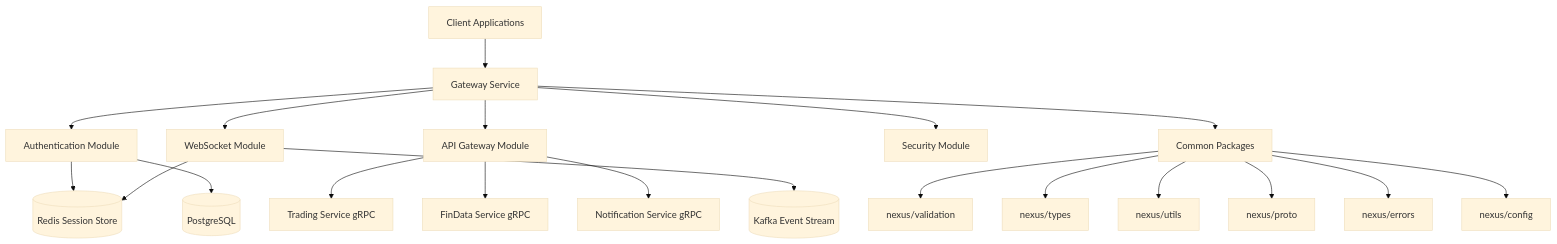
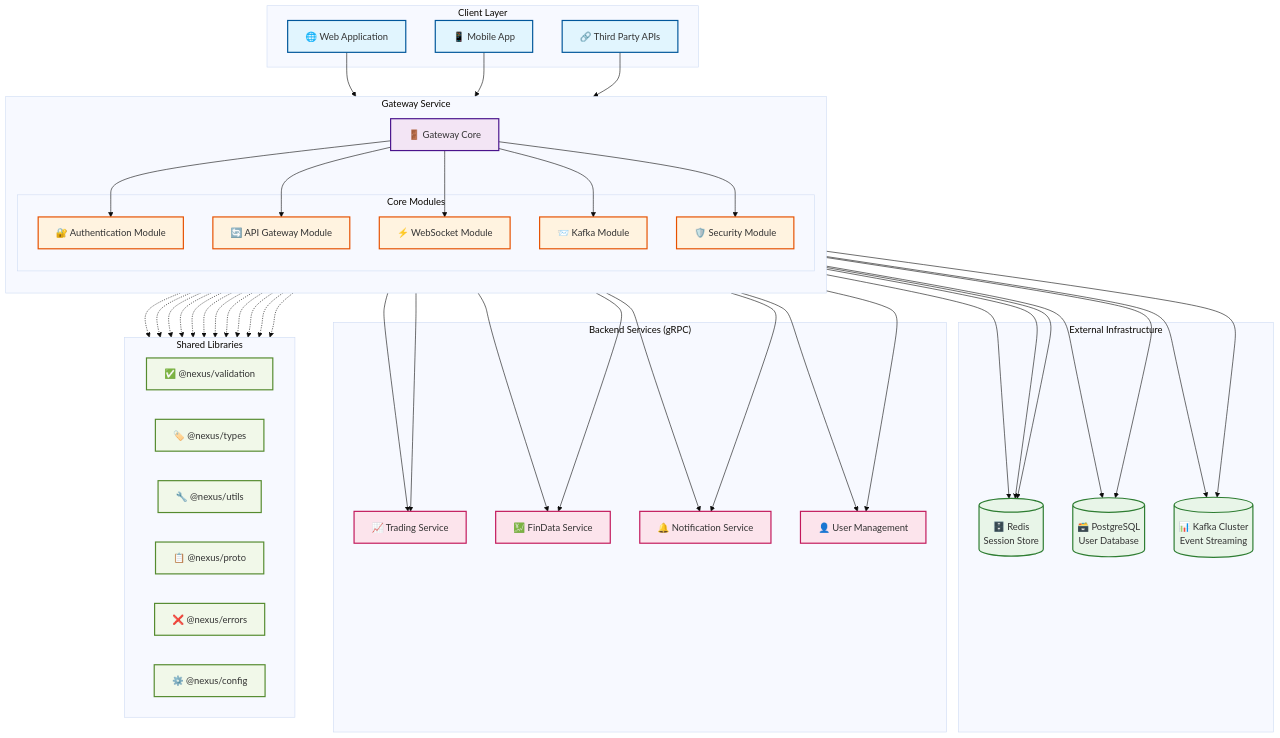
One commit to dashbh/Nexus-BE changed the diagram in .kiro/specs/gateway-service/design.md. Above: the diagram before and after it, drawn with Mermaid (base theme).

Commit message:
Initial Planning for Gateway SVC

````diff
--- a/.kiro/specs/gateway-service/design.md
+++ b/.kiro/specs/gateway-service/design.md
@@ -11,26 +10,115 @@
 ```mermaid
 graph TB
-    Client[Client Applications] --> Gateway[Gateway Service]
-    Gateway --> Auth[Authentication Module]
-    Gateway --> API[API Gateway Module]
-    Gateway --> WS[WebSocket Module]
-    Gateway --> Security[Security Module]
+    %% Client Layer
+    subgraph "Client Layer"
+        WebApp[🌐 Web Application]
+        MobileApp[📱 Mobile App]
+        ThirdParty[🔗 Third Party APIs]
+    end
 
-    Auth --> Redis[(Redis Session Store)]
-    Auth --> DB[(PostgreSQL)]
+    %% Gateway Service Core
+    subgraph "Gateway Service"
+        direction TB
+        Gateway[🚪 Gateway Core]
+        
+        subgraph "Core Modules"
+            Auth[🔐 Authentication Module]
+            API[🔄 API Gateway Module]
+            WS[⚡ WebSocket Module]
+            Kafka[📨 Kafka Module]
+            Security[🛡️ Security Module]
+        end
+    end
 
-    API --> Trading[Trading Service gRPC]
-    API --> FinData[FinData Service gRPC]
-    API --> Notification[Notification Service gRPC]
+    %% External Services
+    subgraph "External Infrastructure"
+        Redis[(🗄️ Redis<br/>Session Store)]
+        DB[(🗃️ PostgreSQL<br/>User Database)]
+        KafkaCluster[(📊 Kafka Cluster<br/>Event Streaming)]
+    end
 
-    WS --> Kafka[(Kafka Event Stream)]
+    %% Backend Services
+    subgraph "Backend Services (gRPC)"
+        Trading[📈 Trading Service]
+        FinData[💹 FinData Service]
+        Notification[🔔 Notification Service]
+        UserMgmt[👤 User Management]
+    end
+
+    %% Common Packages
+    subgraph "Shared Libraries"
+        direction LR
+        Validation[✅ @nexus/validation]
+        Types[🏷️ @nexus/types]
+        Utils[🔧 @nexus/utils]
+        Proto[📋 @nexus/proto]
+        Errors[❌ @nexus/errors]
+        Config[⚙️ @nexus/config]
+    end
+
+    %% Client Connections
+    WebApp --> Gateway
+    MobileApp --> Gateway
+    ThirdParty --> Gateway
+
+    %% Gateway Internal Flow
+    Gateway --> Auth
+    Gateway --> API
+    Gateway --> WS
+    Gateway --> Kafka
+    Gateway --> Security
+
+    %% Authentication Flow
+    Auth --> Redis
+    Auth --> DB
+    Auth --> UserMgmt
+
+    %% API Gateway Flow
+    API --> Trading
+    API --> FinData
+    API --> Notification
+    API --> UserMgmt
+
+    %% WebSocket Flow
     WS --> Redis
+    WS --> KafkaCluster
 
-    Gateway --> Common[Common Packages]
-    Common --> Validation[nexus/validation]
-    Common --> Types[nexus/types]
-    Common --> Utils[nexus/utils]
-    Common --> Proto[nexus/proto]
-    Common --> Errors[nexus/errors]
-    Common --> Config[nexus/config]
+    %% Kafka Integration
+    Kafka --> KafkaCluster
+    Kafka --> Trading
+    Kafka --> FinData
+    Kafka --> Notification
+
+    %% Security Integration
+    Security --> Redis
+    Security --> DB
+
+    %% Shared Libraries Usage
+    Auth -.-> Validation
+    Auth -.-> Types
+    Auth -.-> Errors
+    API -.-> Proto
+    API -.-> Types
+    API -.-> Utils
+    WS -.-> Types
+    WS -.-> Config
+    Kafka -.-> Types
+    Kafka -.-> Config
+    Security -.-> Config
+    Security -.-> Errors
+
+    %% Styling
+    classDef clientStyle fill:#e1f5fe,stroke:#01579b,stroke-width:2px
+    classDef gatewayStyle fill:#f3e5f5,stroke:#4a148c,stroke-width:2px
+    classDef moduleStyle fill:#fff3e0,stroke:#e65100,stroke-width:2px
+    classDef dbStyle fill:#e8f5e8,stroke:#2e7d32,stroke-width:2px
+    classDef serviceStyle fill:#fce4ec,stroke:#c2185b,stroke-width:2px
+    classDef libStyle fill:#f1f8e9,stroke:#558b2f,stroke-width:2px
+
+    class WebApp,MobileApp,ThirdParty clientStyle
+    class Gateway gatewayStyle
+    class Auth,API,WS,Kafka,Security moduleStyle
+    class Redis,DB,KafkaCluster dbStyle
+    class Trading,FinData,Notification,UserMgmt serviceStyle
+    class Validation,Types,Utils,Proto,Errors,Config libStyle
 ```
````
